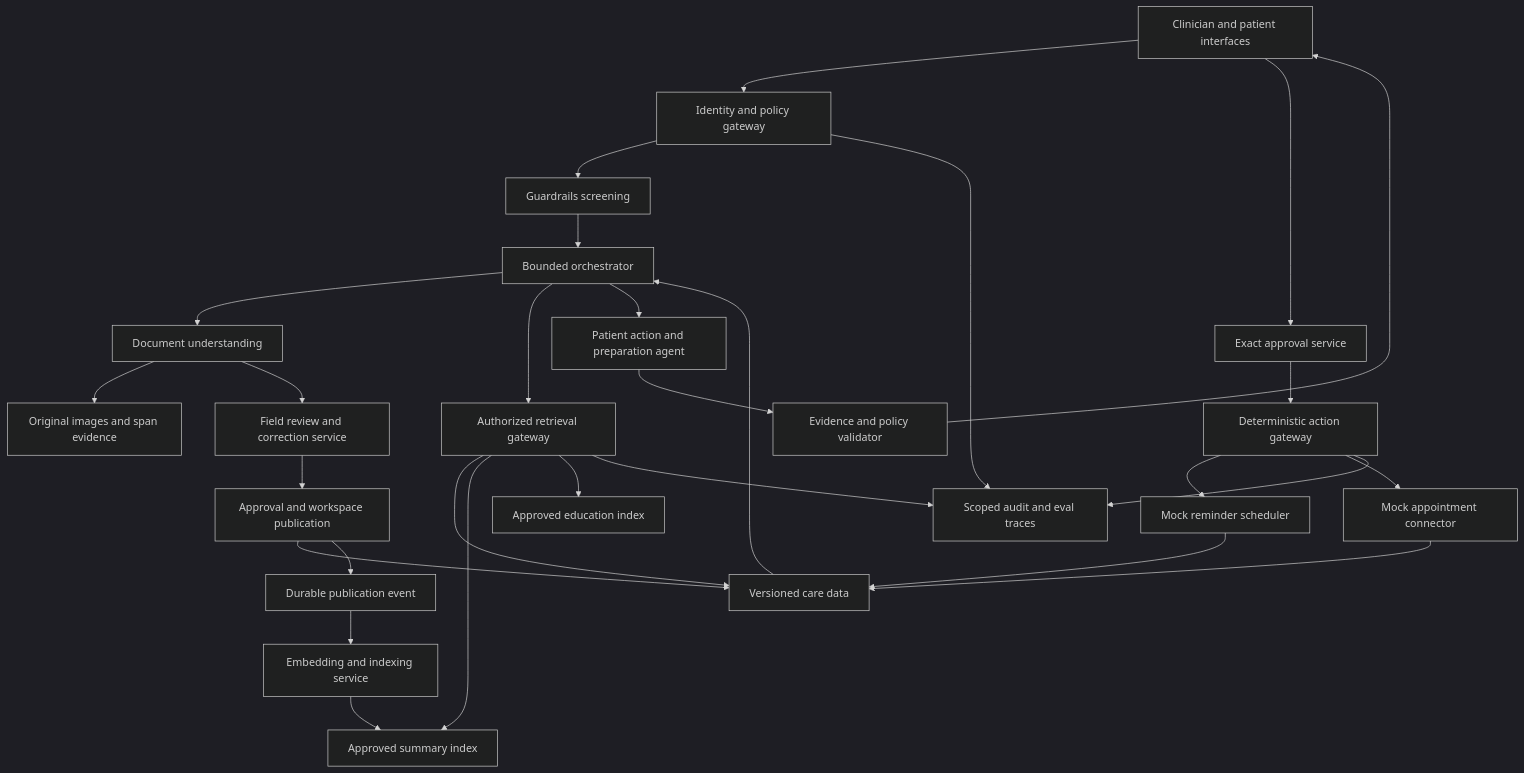
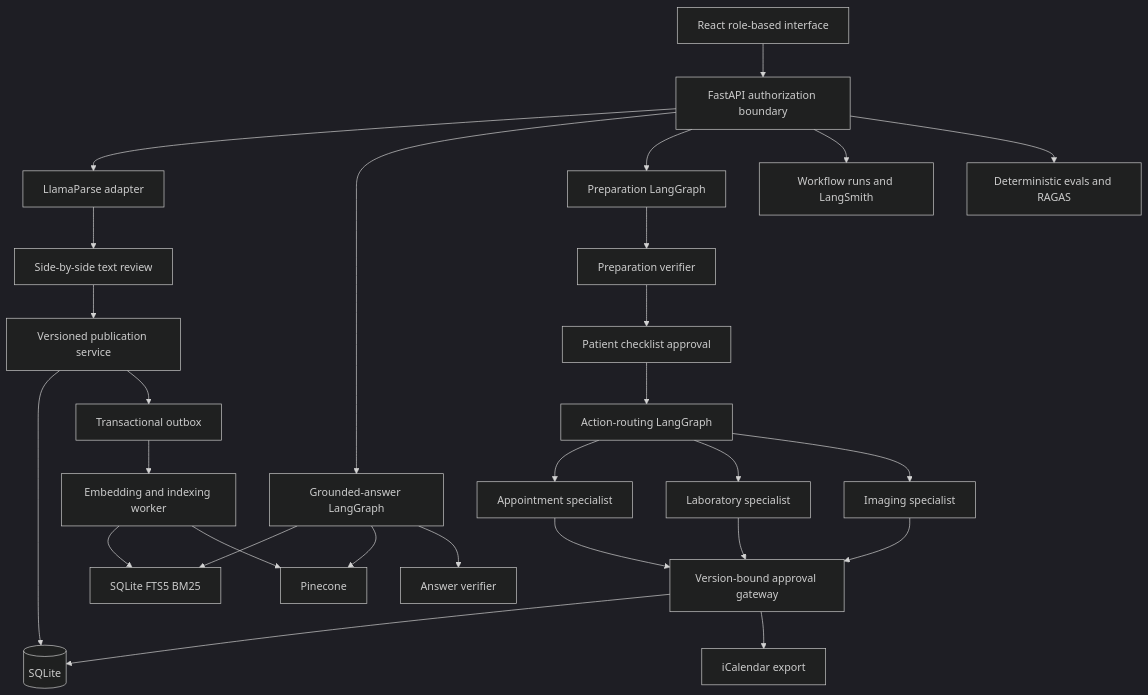
Before and after one commit to apushkar-repo/gbmcarepartner: the second of 6 diagrams in GBM_AI_Care_Companion_Architecture_Diagrams.md, drawn with Mermaid (dark theme). The commit also changed other lines of this file and 69 other files, not shown here.

````diff
--- a/GBM_AI_Care_Companion_Architecture_Diagrams.md
+++ b/GBM_AI_Care_Companion_Architecture_Diagrams.md
@@ -35,31 +42,30 @@
 ```mermaid
 flowchart TD
-  UI[Clinician and patient interfaces] --> API[Identity and policy gateway]
-  API --> GUARD[Guardrails screening]
-  GUARD --> ORCH[Bounded orchestrator]
-  ORCH --> DOC[Document understanding]
-  DOC --> VAULT[Original images and span evidence]
-  DOC --> REVIEW[Field review and correction service]
-  REVIEW --> PUB[Approval and workspace publication]
-  PUB --> DATA[Versioned care data]
-  PUB --> EVENT[Durable publication event]
-  EVENT --> EMBED[Embedding and indexing service]
-  EMBED --> INDEX[Approved summary index]
-  ORCH --> RAG[Authorized retrieval gateway]
-  RAG --> DATA
-  RAG --> INDEX
-  RAG --> EDU[Approved education index]
-  ORCH --> PLAN[Patient action and preparation agent]
-  PLAN --> CHECK[Evidence and policy validator]
-  CHECK --> UI
-  UI --> APPROVE[Exact approval service]
-  APPROVE --> ACTION[Deterministic action gateway]
-  ACTION --> SCHED[Mock reminder scheduler]
-  ACTION --> BOOK[Mock appointment connector]
-  BOOK --> DATA
-  SCHED --> DATA
-  DATA --> ORCH
-  API --> AUDIT[Scoped audit and eval traces]
-  ACTION --> AUDIT
-  RAG --> AUDIT
+  UI[React role-based interface] --> API[FastAPI authorization boundary]
+  API --> OCR[LlamaParse adapter]
+  OCR --> REVIEW[Side-by-side text review]
+  REVIEW --> PUB[Versioned publication service]
+  PUB --> DB[(SQLite)]
+  PUB --> EVENT[Transactional outbox]
+  EVENT --> INDEXER[Embedding and indexing worker]
+  INDEXER --> BM25[SQLite FTS5 BM25]
+  INDEXER --> PINE[Pinecone]
+  API --> ANSWER[Grounded-answer LangGraph]
+  ANSWER --> BM25
+  ANSWER --> PINE
+  ANSWER --> AV[Answer verifier]
+  API --> PREP[Preparation LangGraph]
+  PREP --> PV[Preparation verifier]
+  PV --> HUMAN[Patient checklist approval]
+  HUMAN --> ORCH[Action-routing LangGraph]
+  ORCH --> APPT[Appointment specialist]
+  ORCH --> LAB[Laboratory specialist]
+  ORCH --> IMG[Imaging specialist]
+  APPT --> GATE[Version-bound approval gateway]
+  LAB --> GATE
+  IMG --> GATE
+  GATE --> DB
+  GATE --> CAL[iCalendar export]
+  API --> TRACE[Workflow runs and LangSmith]
+  API --> EVAL[Deterministic evals and RAGAS]
 ```
````
